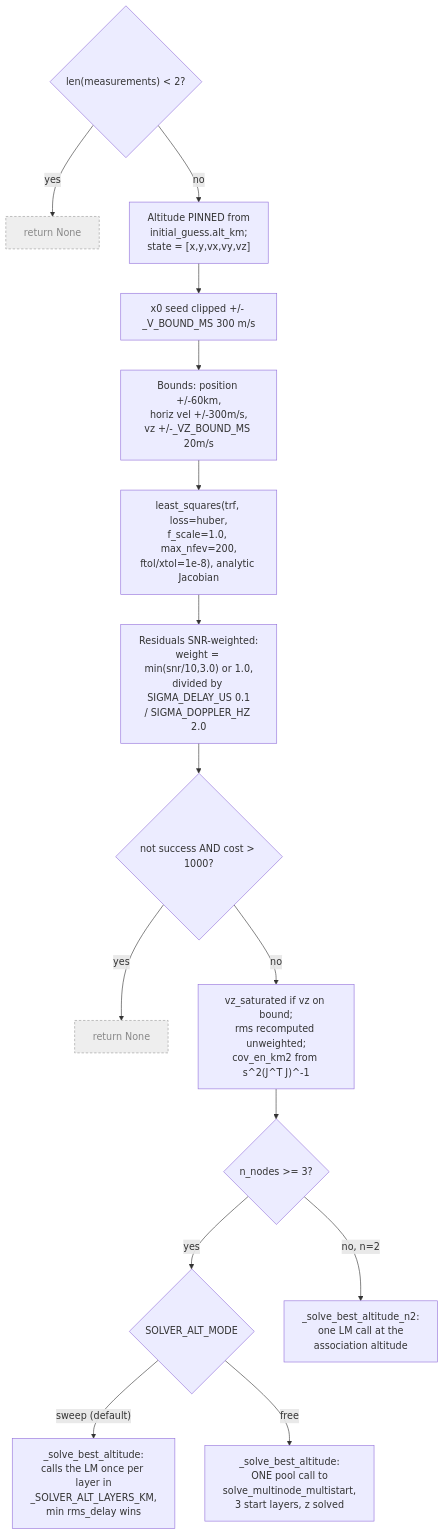
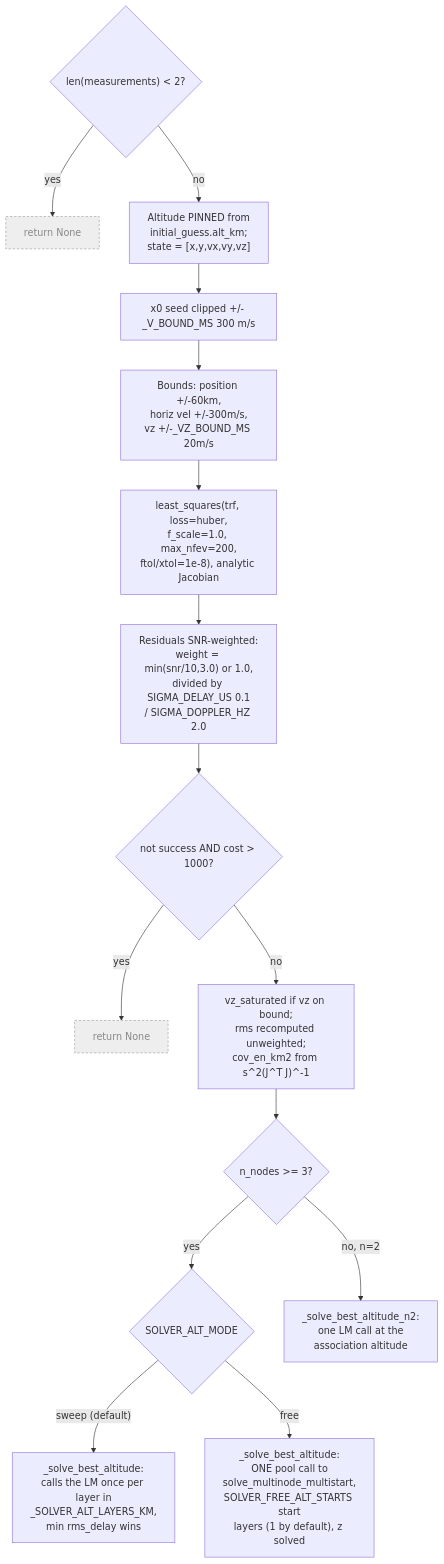
The ninth of 10 diagrams in docs/solverflow.md (offworldlabs/retina-server), drawn with Mermaid before and after one commit. The commit also changed other lines of this file and 4 other files, not shown here.

````diff
--- a/docs/solverflow.md
+++ b/docs/solverflow.md
@@ -443,21 +444,21 @@
 ```mermaid
 flowchart TD
     m0{"len(measurements) < 2?"}
     m0 -->|"yes"| mNone["return None"]:::inert
     m0 -->|"no"| m1["Altitude PINNED from<br/>initial_guess.alt_km;<br/>state = [x,y,vx,vy,vz]"]
     m1 --> m2["x0 seed clipped +/- _V_BOUND_MS 300 m/s"]
     m2 --> m3["Bounds: position +/-60km,<br/>horiz vel +/-300m/s,<br/>vz +/-_VZ_BOUND_MS 20m/s"]
     m3 --> m4["least_squares(trf, loss=huber,<br/>f_scale=1.0, max_nfev=200,<br/>ftol/xtol=1e-8), analytic Jacobian"]
     m4 --> m5["Residuals SNR-weighted:<br/>weight = min(snr/10,3.0) or 1.0,<br/>divided by SIGMA_DELAY_US 0.1<br/>/ SIGMA_DOPPLER_HZ 2.0"]
     m5 --> m6{"not success AND cost > 1000?"}
     m6 -->|"yes"| mNone2["return None"]:::inert
     m6 -->|"no"| m7["vz_saturated if vz on bound;<br/>rms recomputed unweighted;<br/>cov_en_km2 from s^2(J^T J)^-1"]
 
     m7 --> alt{"n_nodes >= 3?"}
     alt -->|"yes"| mode{"SOLVER_ALT_MODE"}
     mode -->|"sweep (default)"| sweep["_solve_best_altitude:<br/>calls the LM once per layer in<br/>_SOLVER_ALT_LAYERS_KM,<br/>min rms_delay wins"]
-    mode -->|"free"| freealt["_solve_best_altitude:<br/>ONE pool call to<br/>solve_multinode_multistart,<br/>3 start layers, z solved"]
+    mode -->|"free"| freealt["_solve_best_altitude:<br/>ONE pool call to<br/>solve_multinode_multistart,<br/>SOLVER_FREE_ALT_STARTS start<br/>layers (1 by default), z solved"]
     alt -->|"no, n=2"| single["_solve_best_altitude_n2:<br/>one LM call at the<br/>association altitude"]
 
     classDef inert fill:#eee,stroke:#999,color:#888,stroke-dasharray: 4 3
 ```
````
